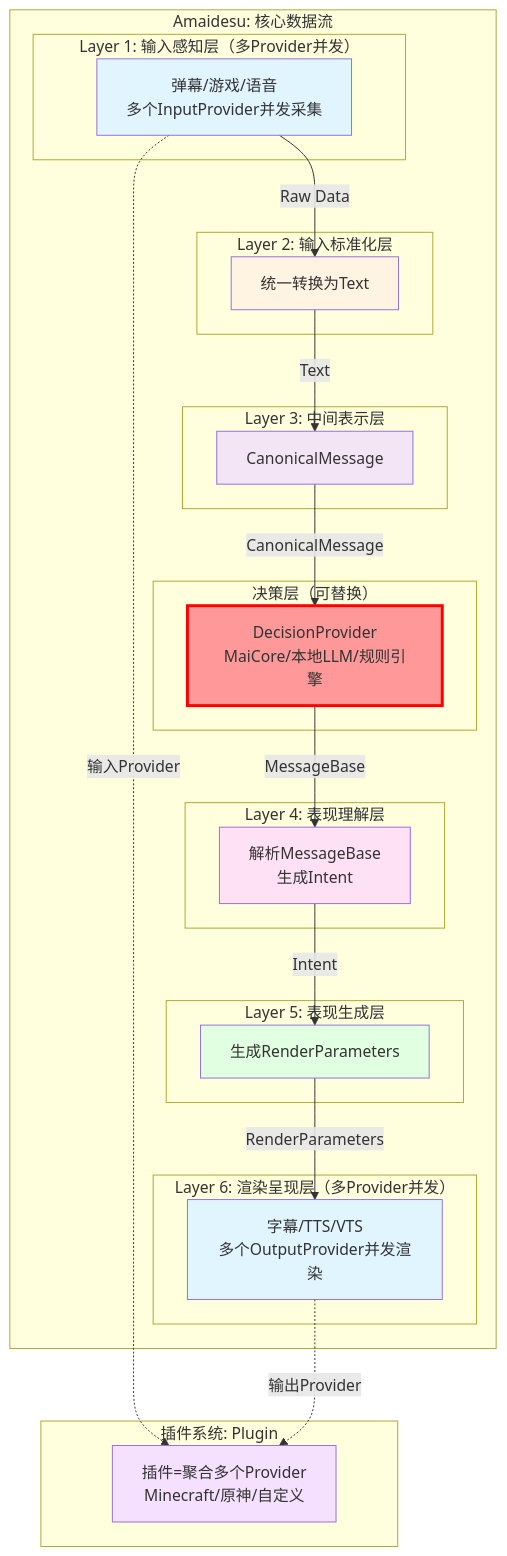
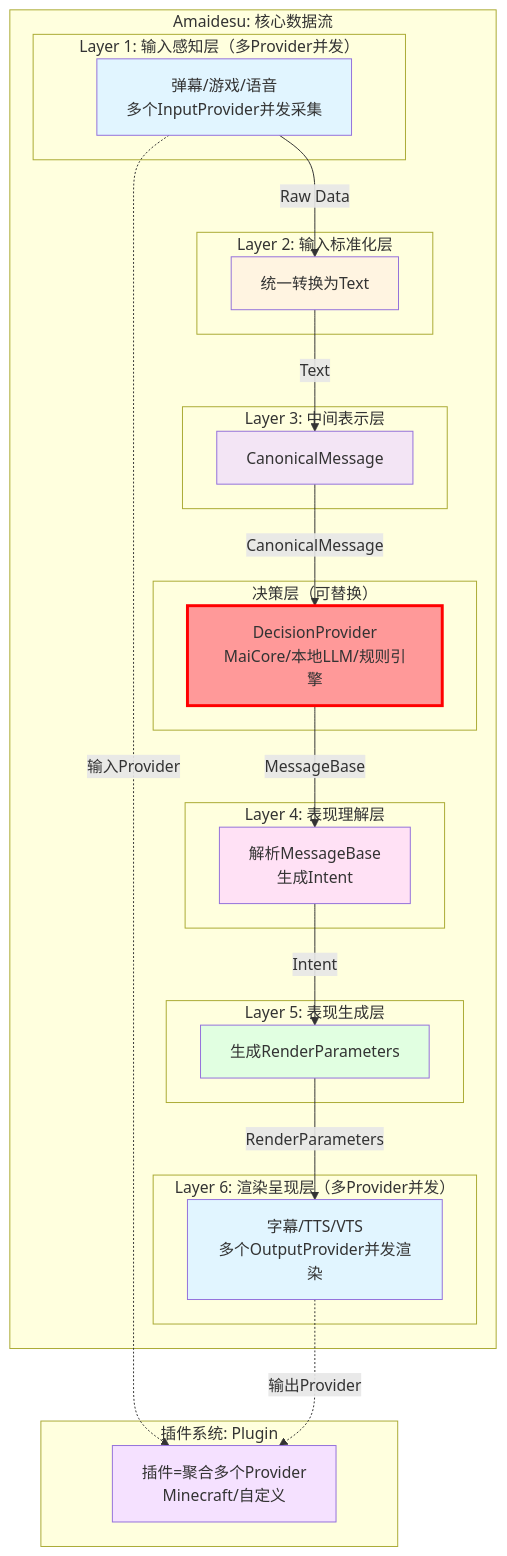
The diagram in refactor/design/layer_refactoring.md (Mai-with-u/Amaidesu), drawn with Mermaid before and after one commit. The commit also changed other lines of this file and 18 other files, not shown here.

````diff
--- a/refactor/design/layer_refactoring.md
+++ b/refactor/design/layer_refactoring.md
@@ -30,55 +30,55 @@
 ```mermaid
 graph TB
     subgraph "Amaidesu: 核心数据流"
         subgraph "Layer 1: 输入感知层（多Provider并发）"
             Perception[弹幕/游戏/语音<br/>多个InputProvider并发采集]
         end
 
         subgraph "Layer 2: 输入标准化层"
             Normalization[统一转换为Text]
         end
 
         subgraph "Layer 3: 中间表示层"
             Canonical[CanonicalMessage]
         end
 
         subgraph "决策层（可替换）"
             DecisionLayer[DecisionProvider<br/>MaiCore/本地LLM/规则引擎]
         end
 
         subgraph "Layer 4: 表现理解层"
             Understanding[解析MessageBase<br/>生成Intent]
         end
 
         subgraph "Layer 5: 表现生成层"
             Expression[生成RenderParameters]
         end
 
         subgraph "Layer 6: 渲染呈现层（多Provider并发）"
             Rendering[字幕/TTS/VTS<br/>多个OutputProvider并发渲染]
         end
     end
 
     subgraph "插件系统: Plugin"
-        Plugins[插件=聚合多个Provider<br/>Minecraft/原神/自定义]
+        Plugins[插件=聚合多个Provider<br/>Minecraft/自定义]
     end
 
     Perception -->|"Raw Data"| Normalization
     Normalization -->|"Text"| Canonical
     Canonical -->|"CanonicalMessage"| DecisionLayer
     DecisionLayer -->|"MessageBase"| Understanding
     Understanding -->|"Intent"| Expression
     Expression -->|"RenderParameters"| Rendering
 
     Perception -.输入Provider.-> Plugins
     Rendering -.输出Provider.-> Plugins
 
     style Perception fill:#e1f5ff
     style Normalization fill:#fff4e1
     style Canonical fill:#f3e5f5
     style DecisionLayer fill:#ff9999,stroke:#ff0000,stroke-width:3px
     style Understanding fill:#ffe1f5
     style Expression fill:#e1ffe1
     style Rendering fill:#e1f5ff
     style Plugins fill:#f5e1ff
 ```
````
